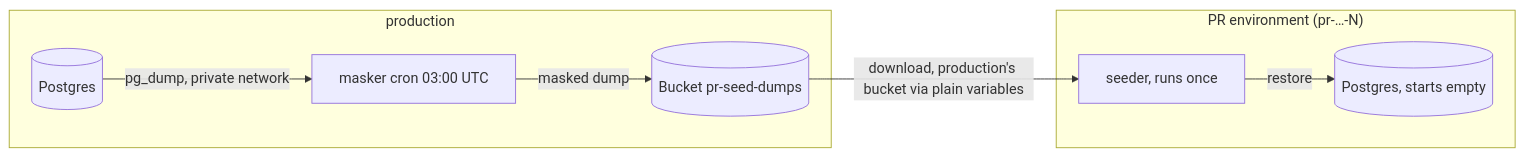
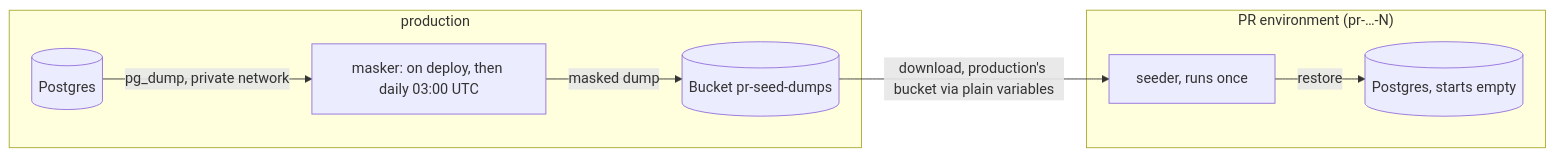
One commit to AmitKulkarni23/pr-postgres-anonymizer changed the diagram in docs/system-specs/architecture.md. Above: the diagram before and after it, drawn with Mermaid. The commit also changed other lines of this file and 4 other files, not shown here.

````diff
--- a/docs/system-specs/architecture.md
+++ b/docs/system-specs/architecture.md
@@ -5,11 +5,11 @@
 ```mermaid
 flowchart LR
   subgraph production
-    PG[(Postgres)] -->|pg_dump, private network| M[masker cron 03:00 UTC]
+    PG[(Postgres)] -->|pg_dump, private network| M[masker: on deploy, then daily 03:00 UTC]
     M -->|masked dump| B[(Bucket pr-seed-dumps)]
   end
   subgraph "PR environment (pr-…-N)"
     S[seeder, runs once] -->|restore| PGR[(Postgres, starts empty)]
   end
   B -->|download, production's bucket via plain variables| S
 ```
````
